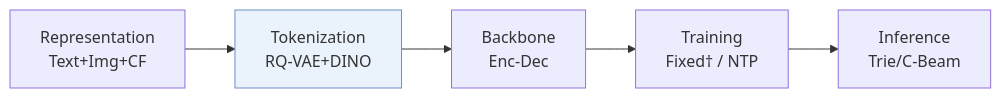
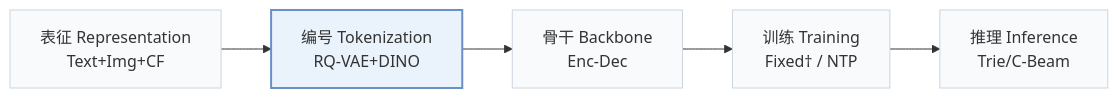
Before and after one commit to Galaxy-ghost/Awesome-SID-Generative-Rec: the first of 2 diagrams in pages/zh/papers/mscgrec.md, drawn with Mermaid. The commit also changed other lines of this file and 649 other files, not shown here.

Commit message:
writer-05: also tags and modality index (schema, check, build, visuals); summary field removed; calibration data for 12 papers

````diff
--- a/pages/zh/papers/mscgrec.md
+++ b/pages/zh/papers/mscgrec.md
@@ -13,6 +15,8 @@
 ```mermaid
 flowchart LR
-    R["Representation<br/>Text+Img+CF"] --> T["Tokenization<br/>RQ-VAE+DINO"] --> B["Backbone<br/>Enc-Dec"] --> TR["Training<br/>Fixed† / NTP"] --> I["Inference<br/>Trie/C-Beam"]
-    classDef main fill:#eaf2fb,stroke:#6b8fc7
+    R["表征 Representation<br/>Text+Img+CF"] --> T["编号 Tokenization<br/>RQ-VAE+DINO"] --> B["骨干 Backbone<br/>Enc-Dec"] --> TR["训练 Training<br/>Fixed† / NTP"] --> I["推理 Inference<br/>Trie/C-Beam"]
+    classDef base fill:#f8fafc,stroke:#cbd5e1
+    class R,T,B,TR,I base
+    classDef main fill:#eaf2fb,stroke:#6b8fc7,stroke-width:2px
     class T main
 ```
````
